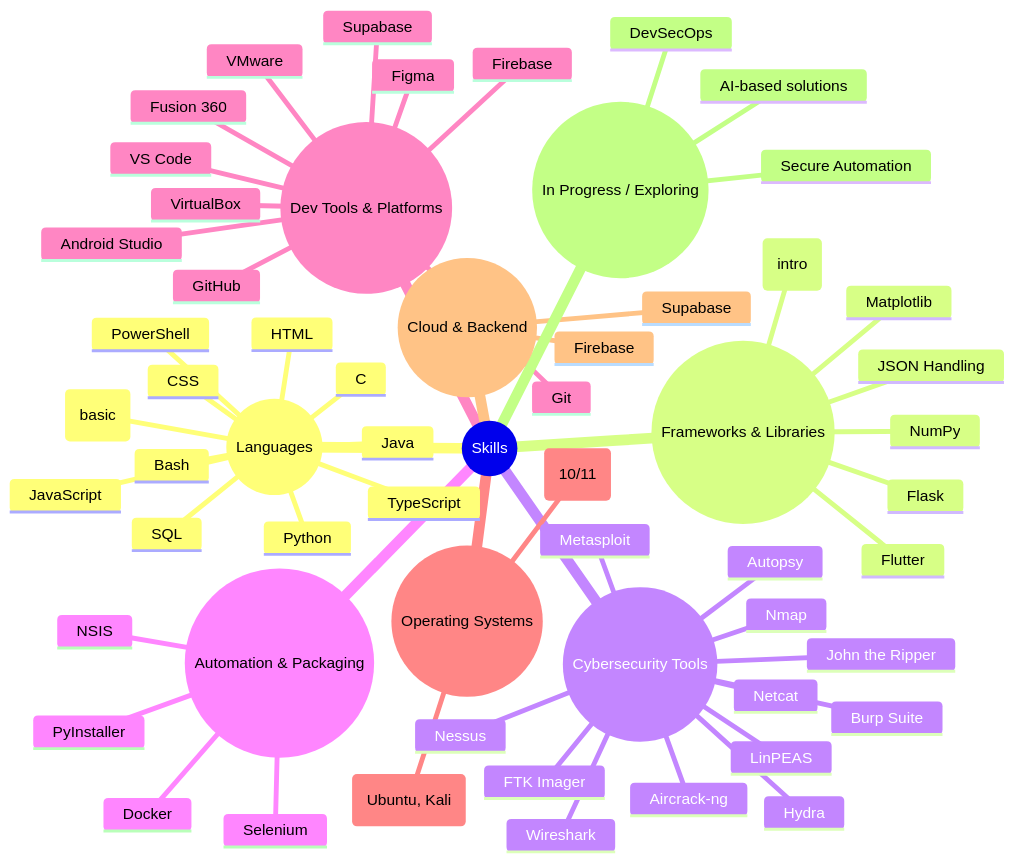
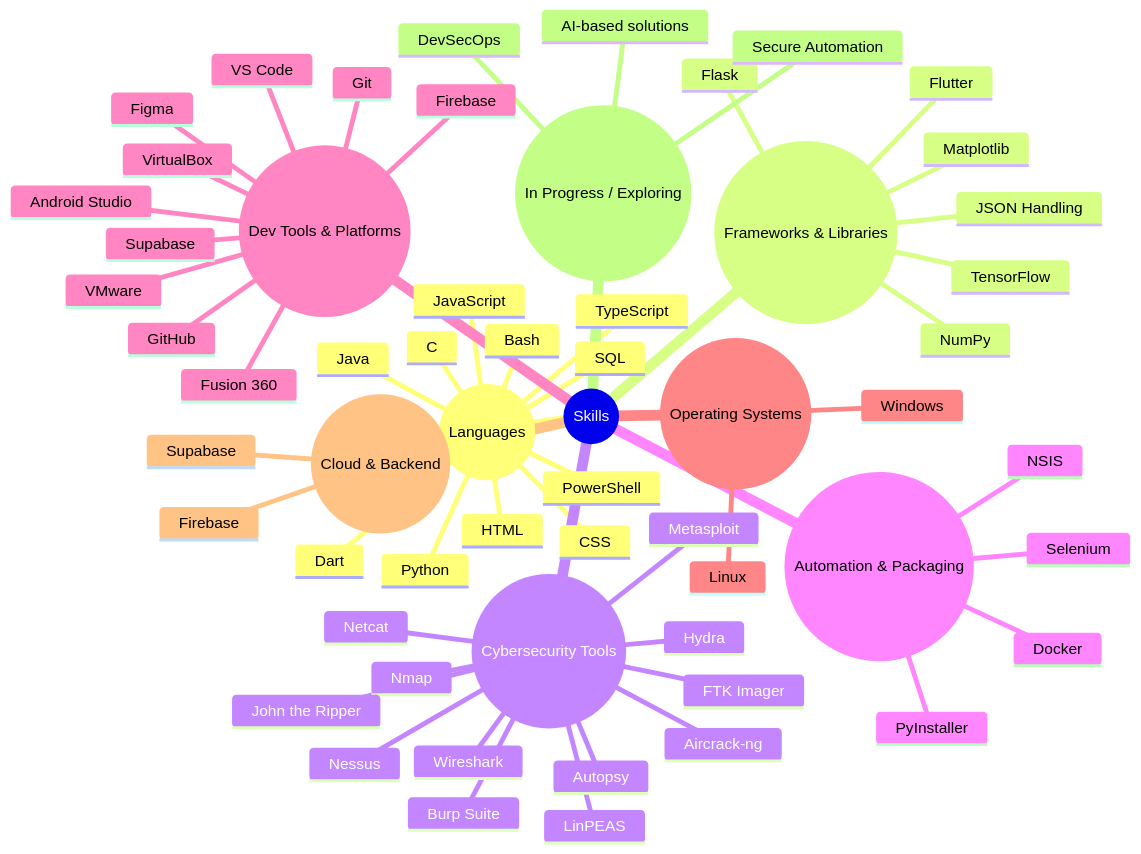
One commit to Jayanth-4547/Jayanth-4547 changed the diagram in README.md. Above: the diagram before and after it, drawn with Mermaid.

````diff
--- a/README.md
+++ b/README.md
@@ -27,62 +27,62 @@
 ```mermaid
 mindmap
   root((Skills))
     ((Languages))
       Python
       Java
       C
       SQL
       HTML
       CSS
       Bash
-      Dart (basic)
+      Dart
       JavaScript
       TypeScript
       PowerShell
     ((Frameworks & Libraries))
       Flutter
       Flask
-      TensorFlow (intro)
+      TensorFlow
       JSON Handling
       NumPy
       Matplotlib
     ((Cybersecurity Tools))
       Nmap
       Metasploit
       Burp Suite
       Wireshark
       LinPEAS
       Hydra
       John the Ripper
       Netcat
       Nessus
       Aircrack-ng
       Autopsy
       FTK Imager
     ((Automation & Packaging))
       Selenium
       PyInstaller
       NSIS
       Docker
     ((Dev Tools & Platforms))
       VS Code
       Android Studio
       Git
       GitHub
       Firebase
       Supabase
       VMware
       VirtualBox
       Figma
       Fusion 360
     ((Operating Systems))
-      Linux (Ubuntu, Kali)
-      Windows (10/11)
+      Linux
+      Windows
     ((Cloud & Backend))
       Firebase
       Supabase
     ((In Progress / Exploring))
       DevSecOps
       Secure Automation
       AI-based solutions
 ```
````
